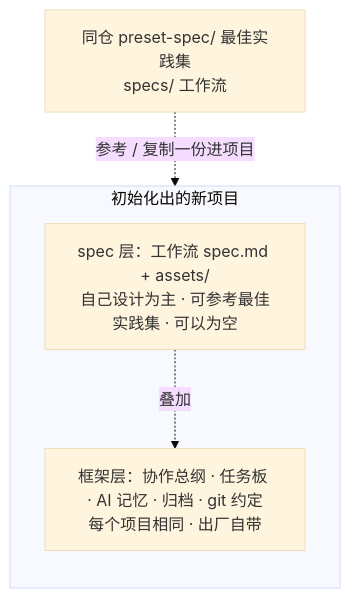
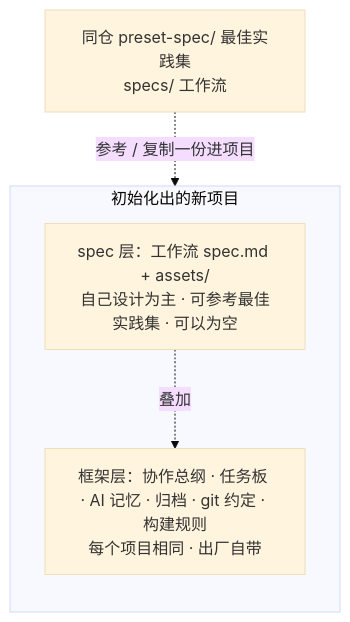
One commit to The-Daybreaker/project-spec changed the second of 2 diagrams in README.md. Above: the diagram before and after it, drawn with Mermaid (base theme). The commit also changed other lines of this file and 4 other files, not shown here.

First line of the commit message:
docs: 文档可读性精修——长段拆层顺句、去重复，冷启动图补 spec/AGENTS 节点

````diff
--- a/README.md
+++ b/README.md
@@ -48,11 +48,11 @@
 ```mermaid
 flowchart TB
   SHELF["同仓 preset-spec/ 最佳实践集<br/>specs/ 工作流"]
   subgraph PROJ["初始化出的新项目"]
     direction TB
     SPEC["spec 层：工作流 spec.md + assets/<br/>自己设计为主 · 可参考最佳实践集 · 可以为空"]
-    FRAME["框架层：协作总纲 · 任务板 · AI 记忆 · 归档 · git 约定<br/>每个项目相同 · 出厂自带"]
+    FRAME["框架层：协作总纲 · 任务板 · AI 记忆 · 归档 · git 约定 · 构建规则<br/>每个项目相同 · 出厂自带"]
     SPEC -. "叠加" .-> FRAME
   end
   SHELF -. "参考 / 复制一份进项目" .-> SPEC
 ```
````
